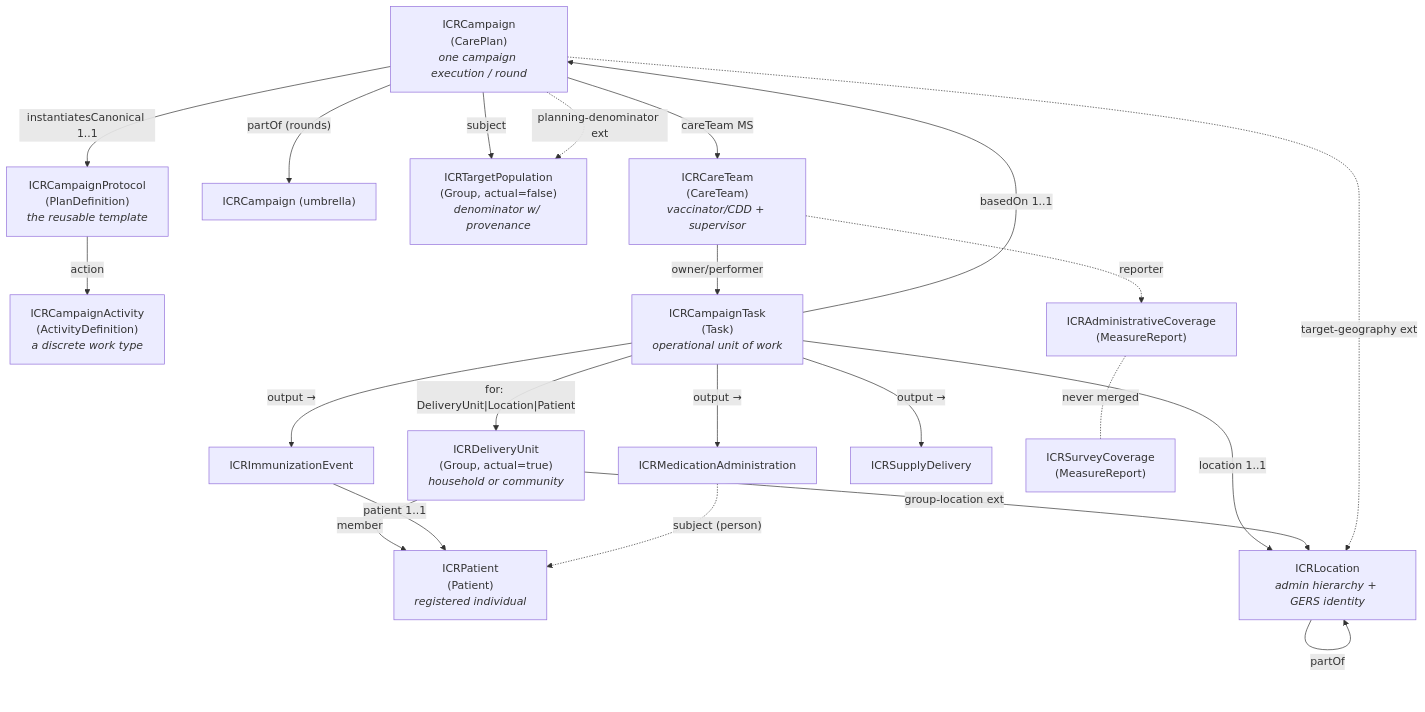
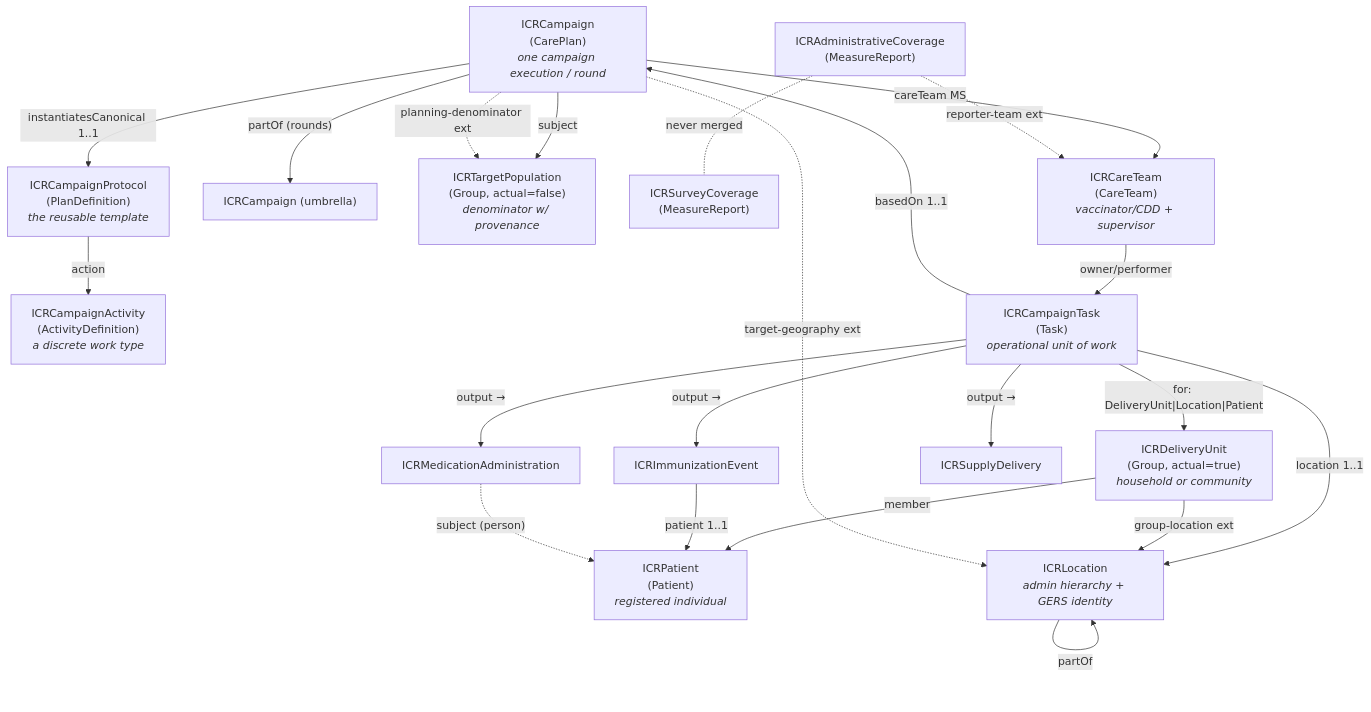
Before and after one commit to recodelabs/icr: the first of 4 diagrams in project/ig-summary.md, drawn with Mermaid. The commit also changed other lines of this file and 10 other files, not shown here.

````diff
--- a/project/ig-summary.md
+++ b/project/ig-summary.md
@@ -200,40 +202,40 @@
 ```mermaid
 graph TD
     PD["ICRCampaignProtocol<br/>(PlanDefinition)<br/><i>the reusable template</i>"]
     AD["ICRCampaignActivity<br/>(ActivityDefinition)<br/><i>a discrete work type</i>"]
     CP["ICRCampaign<br/>(CarePlan)<br/><i>one campaign execution / round</i>"]
     CPU["ICRCampaign (umbrella)"]
     T["ICRCampaignTask<br/>(Task)<br/><i>operational unit of work</i>"]
     TP["ICRTargetPopulation<br/>(Group, actual=false)<br/><i>denominator w/ provenance</i>"]
     HH["ICRDeliveryUnit<br/>(Group, actual=true)<br/><i>household or community</i>"]
     PT["ICRPatient<br/>(Patient)<br/><i>registered individual</i>"]
     L["ICRLocation<br/><i>admin hierarchy + GERS identity</i>"]
     IMM["ICRImmunizationEvent"]
     MED["ICRMedicationAdministration"]
     SUP["ICRSupplyDelivery"]
     AC["ICRAdministrativeCoverage<br/>(MeasureReport)"]
     SC["ICRSurveyCoverage<br/>(MeasureReport)"]
     CT["ICRCareTeam<br/>(CareTeam)<br/><i>vaccinator/CDD + supervisor</i>"]
 
     PD -- "action" --> AD
     CP -- "instantiatesCanonical 1..1" --> PD
     CP -- "partOf (rounds)" --> CPU
     CP -- "subject" --> TP
     CP -- "careTeam MS" --> CT
     CT -- "owner/performer" --> T
-    CT -. "reporter" .-> AC
+    AC -. "reporter-team ext" .-> CT
     T -- "basedOn 1..1" --> CP
     T -- "for: DeliveryUnit|Location|Patient" --> HH
     T -- "location 1..1" --> L
     T -- "output →" --> IMM
     T -- "output →" --> MED
     T -- "output →" --> SUP
     HH -- "member" --> PT
     IMM -- "patient 1..1" --> PT
     MED -. "subject (person)" .-> PT
     HH -- "group-location ext" --> L
     L -- "partOf" --> L
     CP -. "planning-denominator ext" .-> TP
     CP -. "target-geography ext" .-> L
     AC -. "never merged" .- SC
 ```
````
